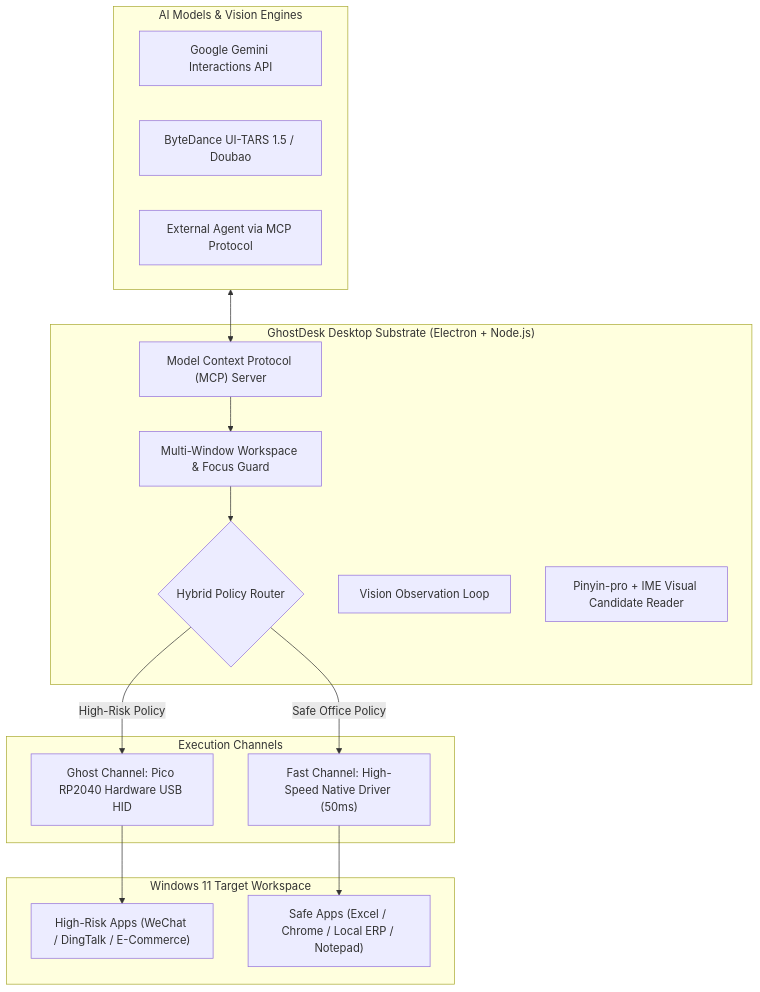
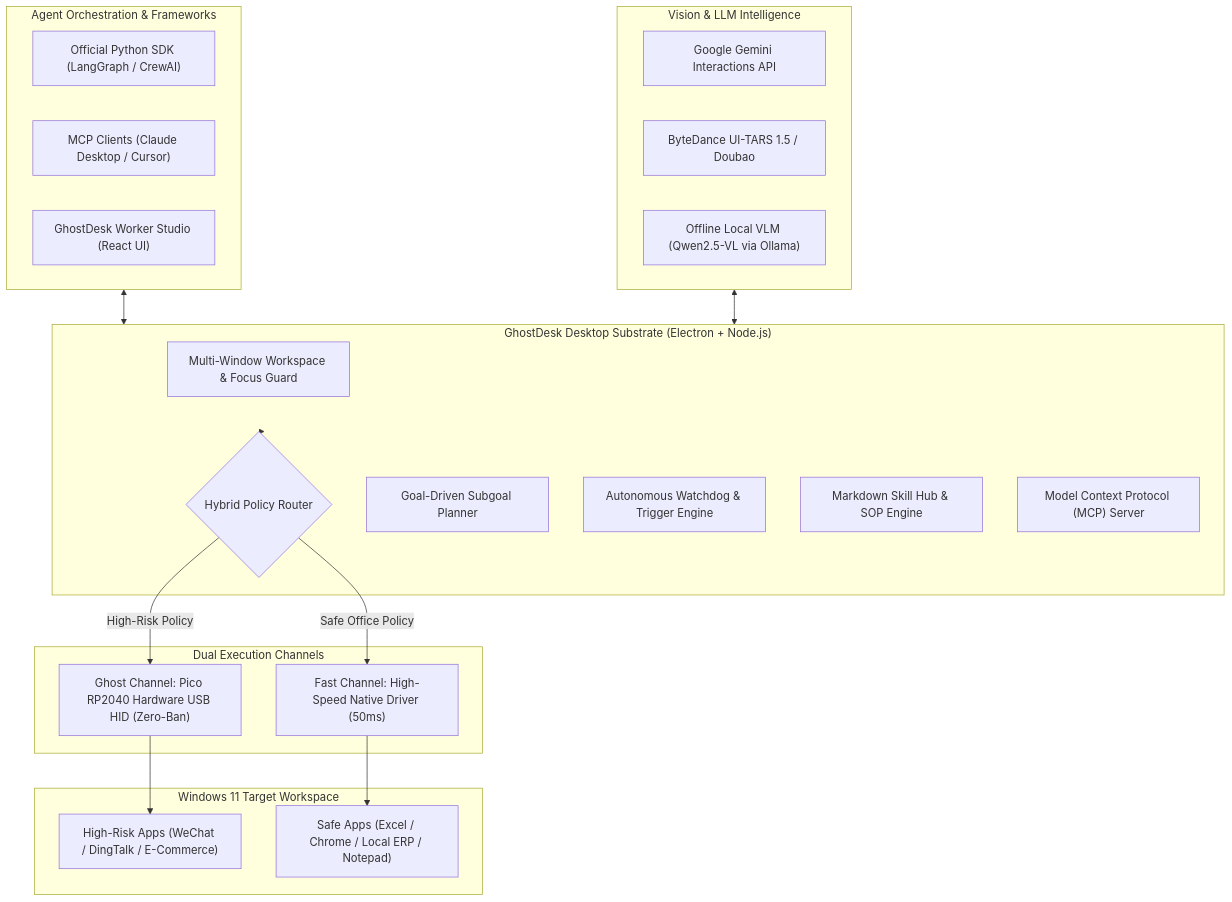
The diagram in README.md (AIMarshallLee/GhostDesk), drawn with Mermaid before and after one commit. The commit also changed other lines of this file and 27 other files, not shown here.

Commit message:
feat(v1.0.0): autonomous worker studio, python sdk, local vlm adapter, and markdown skill hub

````diff
--- a/README.md
+++ b/README.md
@@ -35,34 +37,41 @@
 ```mermaid
 graph TD
-    subgraph AI_Brains ["AI Models & Vision Engines"]
-        M1["Google Gemini Interactions API"]
-        M2["ByteDance UI-TARS 1.5 / Doubao"]
-        M3["External Agent via MCP Protocol"]
+    subgraph Agent_Ecosystem ["Agent Orchestration & Frameworks"]
+        PY["Official Python SDK (LangGraph / CrewAI)"]
+        MCP_CLIENT["MCP Clients (Claude Desktop / Cursor)"]
+        STUDIO["GhostDesk Worker Studio (React UI)"]
     end
 
-    subgraph Core_Desktop ["GhostDesk Desktop Substrate (Electron + Node.js)"]
+    subgraph Vision_Brains ["Vision & LLM Intelligence"]
+        GEMINI["Google Gemini Interactions API"]
+        UITARS["ByteDance UI-TARS 1.5 / Doubao"]
+        LOCAL_VLM["Offline Local VLM (Qwen2.5-VL via Ollama)"]
+    end
+
+    subgraph Core_Substrate ["GhostDesk Desktop Substrate (Electron + Node.js)"]
         WM["Multi-Window Workspace & Focus Guard"]
         PR{"Hybrid Policy Router"}
-        VLM["Vision Observation Loop"]
-        IME["Pinyin-pro + IME Visual Candidate Reader"]
-        MCP["Model Context Protocol (MCP) Server"]
+        PLANNER["Goal-Driven Subgoal Planner"]
+        WATCHDOG["Autonomous Watchdog & Trigger Engine"]
+        SKILL_HUB["Markdown Skill Hub & SOP Engine"]
+        MCP_SERVER["Model Context Protocol (MCP) Server"]
     end
 
-    subgraph Execution_Channels ["Execution Channels"]
-        PICO["Ghost Channel: Pico RP2040 Hardware USB HID"]
+    subgraph Execution_Channels ["Dual Execution Channels"]
+        PICO["Ghost Channel: Pico RP2040 Hardware USB HID (Zero-Ban)"]
         FAST["Fast Channel: High-Speed Native Driver (50ms)"]
     end
 
     subgraph Target_OS ["Windows 11 Target Workspace"]
         SENSITIVE["High-Risk Apps (WeChat / DingTalk / E-Commerce)"]
         OFFICE["Safe Apps (Excel / Chrome / Local ERP / Notepad)"]
     end
 
-    AI_Brains <--> MCP
-    MCP --> WM
-    WM --> PR
+    Agent_Ecosystem <--> Core_Substrate
+    Vision_Brains <--> Core_Substrate
+    Core_Substrate --> PR
     PR -->|"High-Risk Policy"| PICO
     PR -->|"Safe Office Policy"| FAST
     PICO --> SENSITIVE
     FAST --> OFFICE
 ```
````
